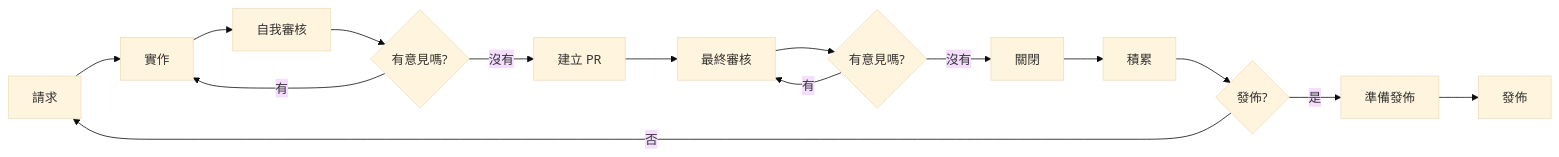
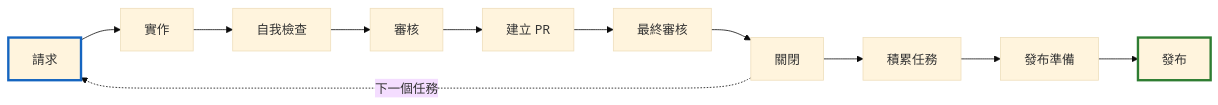
Before and after one commit to prikotov/task-agents-playbook: the second of 3 diagrams in README.zh.md, drawn with Mermaid (base theme). The commit also changed other lines of this file and 2 other files, not shown here.

Commit message:
docs: update implementation process from blog article — add Role review step, new mermaid diagram, closing paragraph

````diff
--- a/README.zh.md
+++ b/README.zh.md
@@ -142,17 +149,21 @@
 ```mermaid
 flowchart LR
-    A[請求] --> B[實作]
-    B --> C[自我審核]
-    C --> D{有意見嗎?}
-    D -->|有| B
-    D -->|沒有| E[建立 PR]
-    E --> F[最終審核]
-    F --> G{有意見嗎?}
-    G -->|有| F
-    G -->|沒有| H[關閉]
-    H --> I[積累]
-    I --> J{發佈?}
-    J -->|否| A
-    J -->|是| K[準備發佈]
-    K --> L[發佈]
+    A["請求"] --> B["實作"]
+    B --> C["自我檢查"]
+    C --> D["審核"]
+    D --> E["建立 PR"]
+    E --> F["最終審核"]
+    F --> G["關閉"]
+
+    G -.->|"下一個任務"| A
+
+    G --> H["積累任務"]
+    H --> I["發布準備"]
+    I --> J["發布"]
+
+    classDef start stroke:#1565c0,stroke-width:3px;
+    classDef release stroke:#2e7d32,stroke-width:3px;
+
+    class A start;
+    class J release;
 ```
````
